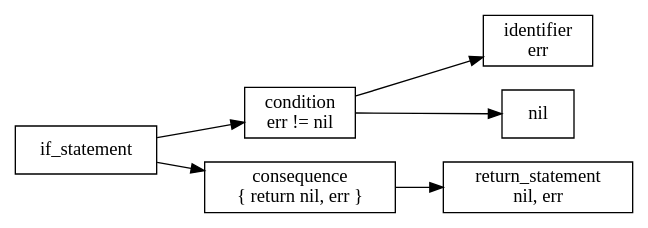
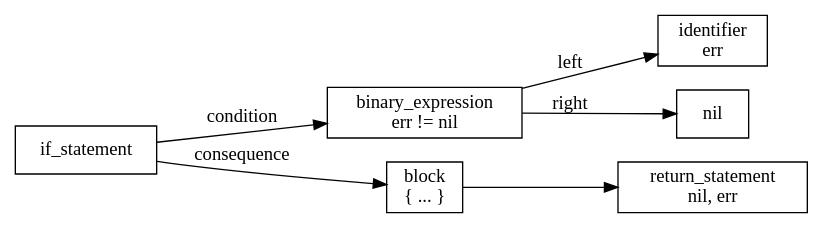
One commit to Piotr1215/youtube changed the diagram in nvim-luasnip-ai-alternative/diagrams/syntax-tree.dot. Above: the diagram before and after it, drawn with Graphviz. The commit also changed 15 other files, not shown here.

First line of the commit message:
feat(nvim-luasnip-ai-alternative): explain syntax trees with diagrams and triage findings with classif

```diff
--- a/nvim-luasnip-ai-alternative/diagrams/syntax-tree.dot
+++ b/nvim-luasnip-ai-alternative/diagrams/syntax-tree.dot
@@ -1,17 +1,17 @@
 digraph syntax_tree {
   rankdir=LR;
   node [shape=box];
 
   ifs [label="if_statement"];
-  cond [label="condition\nerr != nil"];
-  body [label="consequence\n{ return nil, err }"];
+  cond [label="binary_expression\nerr != nil"];
+  body [label="block\n{ ... }"];
   left [label="identifier\nerr"];
   right [label="nil"];
   ret [label="return_statement\nnil, err"];
 
-  ifs -> cond;
-  ifs -> body;
-  cond -> left;
-  cond -> right;
+  ifs -> cond [label="condition"];
+  ifs -> body [label="consequence"];
+  cond -> left [label="left"];
+  cond -> right [label="right"];
   body -> ret;
 }
```
